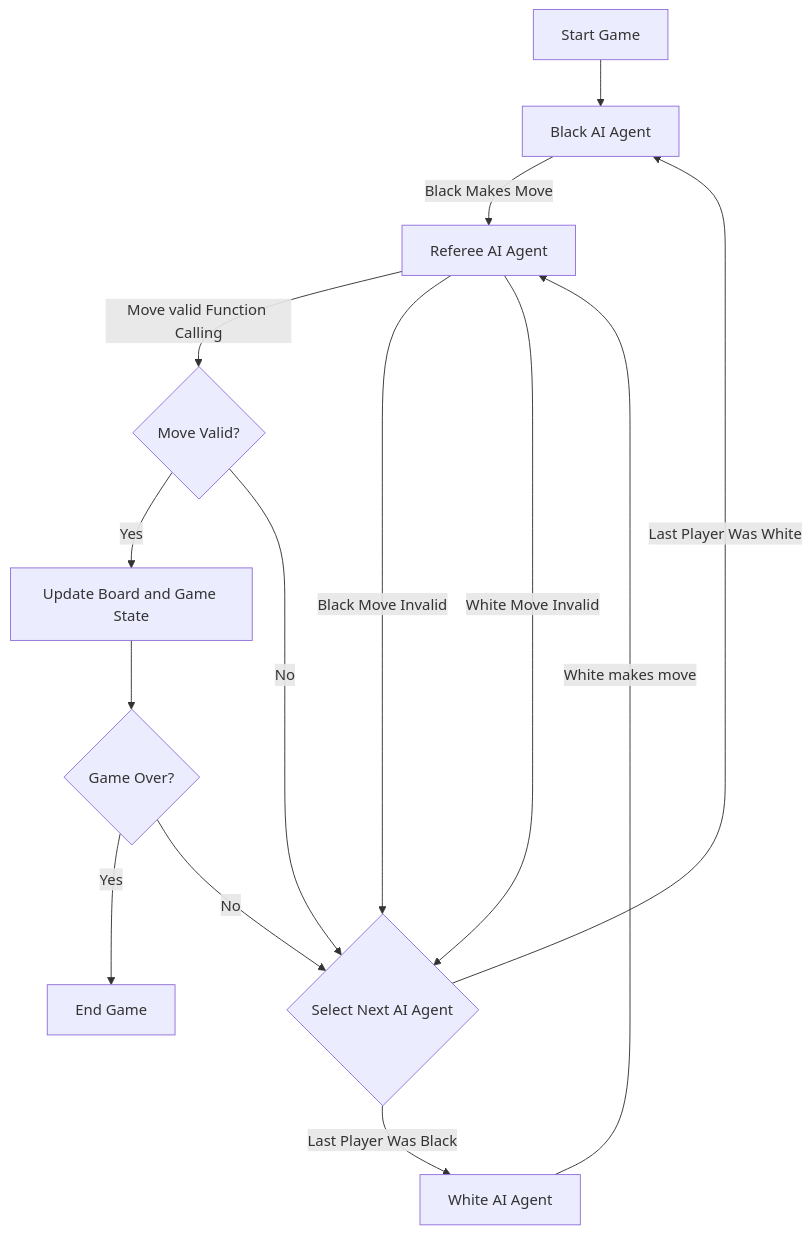
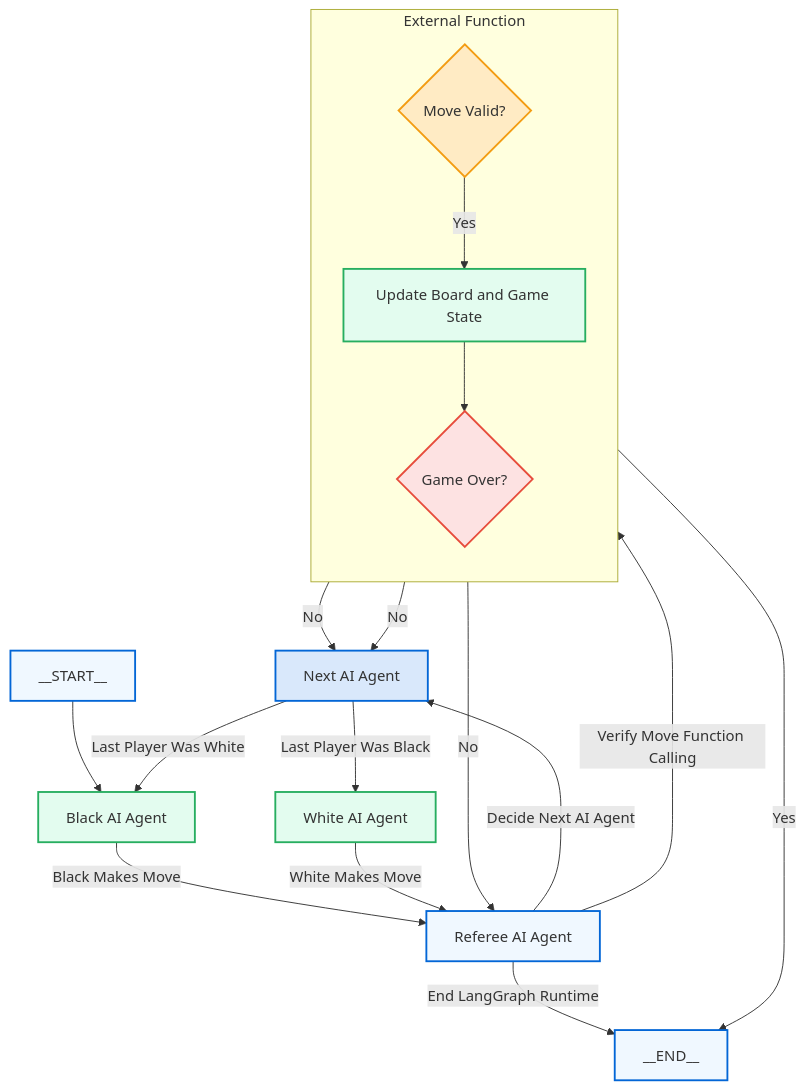
Before and after one commit to h1sk1/ai_agents: the diagram in docs/workflow.md, drawn with Mermaid.

Commit message:
refactor: change workflow

````diff
--- a/docs/workflow.md
+++ b/docs/workflow.md
@@ -1,26 +1,45 @@
 ```mermaid
 graph TD
-    A[Start Game]
+    %% Define Styles
+    style A fill:#f0f8ff,stroke:#0366d6,stroke-width:2px
+    style B fill:#e3fcef,stroke:#27ae60,stroke-width:2px
+    style C fill:#e3fcef,stroke:#27ae60,stroke-width:2px
+    style D fill:#f0f8ff,stroke:#0366d6,stroke-width:2px
+    style E fill:#ffebc4,stroke:#f39c12,stroke-width:2px
+    style F fill:#fde2e2,stroke:#e74c3c,stroke-width:2px
+    style G fill:#f0f8ff,stroke:#0366d6,stroke-width:2px
+    style H fill:#e3fcef,stroke:#27ae60,stroke-width:2px
+    style I fill:#d9e8fb,stroke:#0366d6,stroke-width:2px
+
+    %% Main Nodes
+    A[__START__]
     B[Black AI Agent]
-    C[Referee AI Agent]
-    D{Move Valid?}
-    E{Game Over?}
-    F[End Game]
-    G[Update Board and Game State]
-    H{Select Next AI Agent}
-    I[White AI Agent]
+    C[White AI Agent]
+    D[Referee AI Agent]
+    G[__END__]
+    I[Next AI Agent]
+
+    %% Subgraph Function: External Function
+    subgraph External Function
+        direction TB
+        E{Move Valid?}
+        H[Update Board and Game State]
+        F{Game Over?}
+    end
     
+    %% Define Connections
     A --> B
-    B -->|Black Makes Move| C
-    C -->|Move valid Function Calling| D
-    D -->|Yes| G
-    G --> E
-    D -->|No| H
-    C -->|Black Move Invalid| H
-    E -->|Yes| F
-    E -->|No| H
-    H -->|Last Player Was White| B
-    H -->|Last Player Was Black| I
-    I -->|White makes move| C
-    C -->|White Move Invalid| H
+    B -->|Black Makes Move| D
+    C -->|White Makes Move| D
+    D -->|Verify Move Function Calling| E
+    E -->|Yes| H
+    E -->|No| I
+    H --> F
+    E -->|No| D
+    F -->|Yes| G
+    D -->|End LangGraph Runtime| G
+    F -->|No| I
+    D -->|Decide Next AI Agent| I
+    I -->|Last Player Was White| B
+    I -->|Last Player Was Black| C
 ```
````
